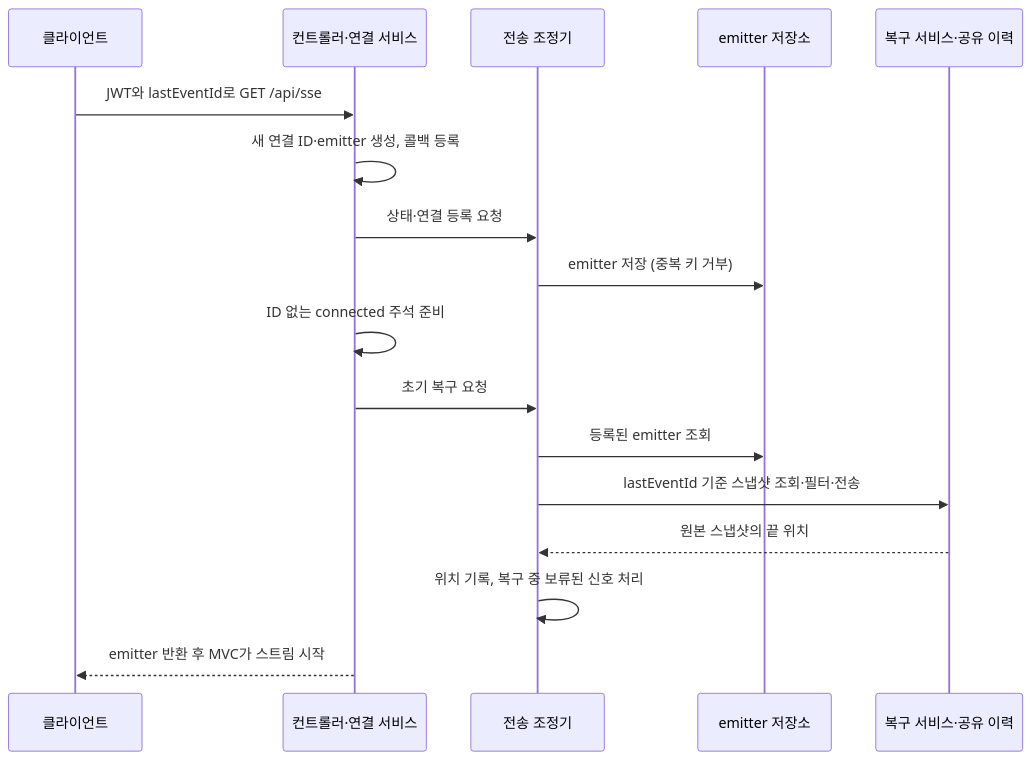
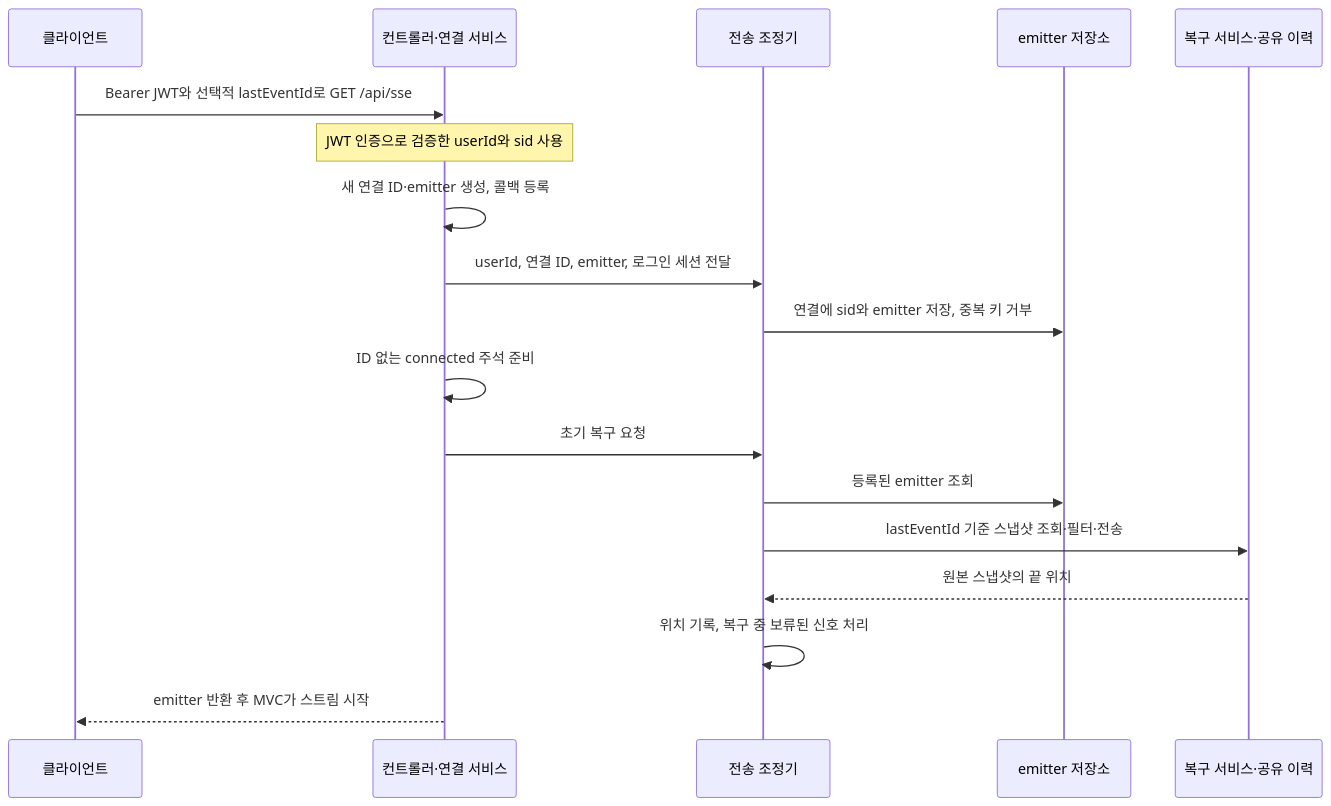
One commit to codeit-backend13-part4-team1/playlist_for_everyone changed the first of 2 diagrams in docs/sse/00-overall-flow.md. Above: the diagram before and after it, drawn with Mermaid. The commit also changed other lines of this file and 13 other files, not shown here.

Commit message:
docs : SSE 로그인 세션과 연결 매핑 흐름 정리 (#236)

````diff
--- a/docs/sse/00-overall-flow.md
+++ b/docs/sse/00-overall-flow.md
@@ -21,19 +21,20 @@
 ```mermaid
 sequenceDiagram
     participant B as 클라이언트
     participant C as 컨트롤러·연결 서비스
     participant D as 전송 조정기
     participant R as emitter 저장소
     participant H as 복구 서비스·공유 이력
-    B->>C: JWT와 lastEventId로 GET /api/sse
+    B->>C: Bearer JWT와 선택적 lastEventId로 GET /api/sse
+    Note over C: JWT 인증으로 검증한 userId와 sid 사용
     C->>C: 새 연결 ID·emitter 생성, 콜백 등록
-    C->>D: 상태·연결 등록 요청
-    D->>R: emitter 저장 (중복 키 거부)
+    C->>D: userId, 연결 ID, emitter, 로그인 세션 전달
+    D->>R: 연결에 sid와 emitter 저장, 중복 키 거부
     C->>C: ID 없는 connected 주석 준비
     C->>D: 초기 복구 요청
     D->>R: 등록된 emitter 조회
     D->>H: lastEventId 기준 스냅샷 조회·필터·전송
     H-->>D: 원본 스냅샷의 끝 위치
     D->>D: 위치 기록, 복구 중 보류된 신호 처리
     C-->>B: emitter 반환 후 MVC가 스트림 시작
 ```
````
